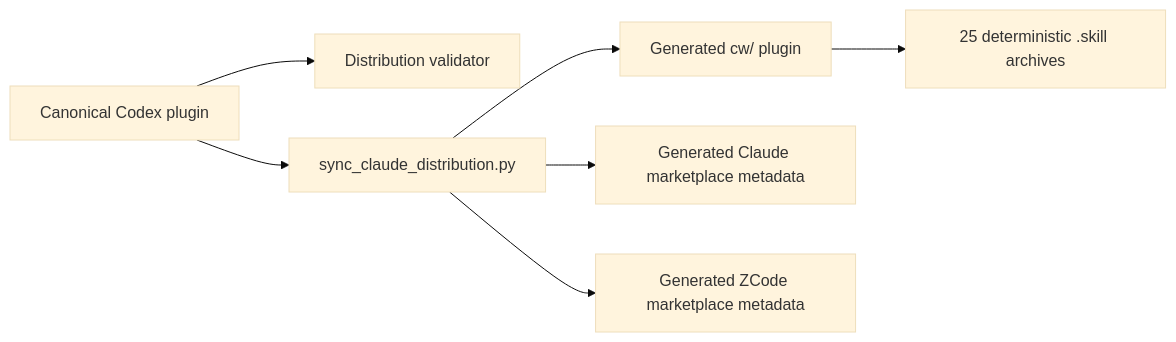
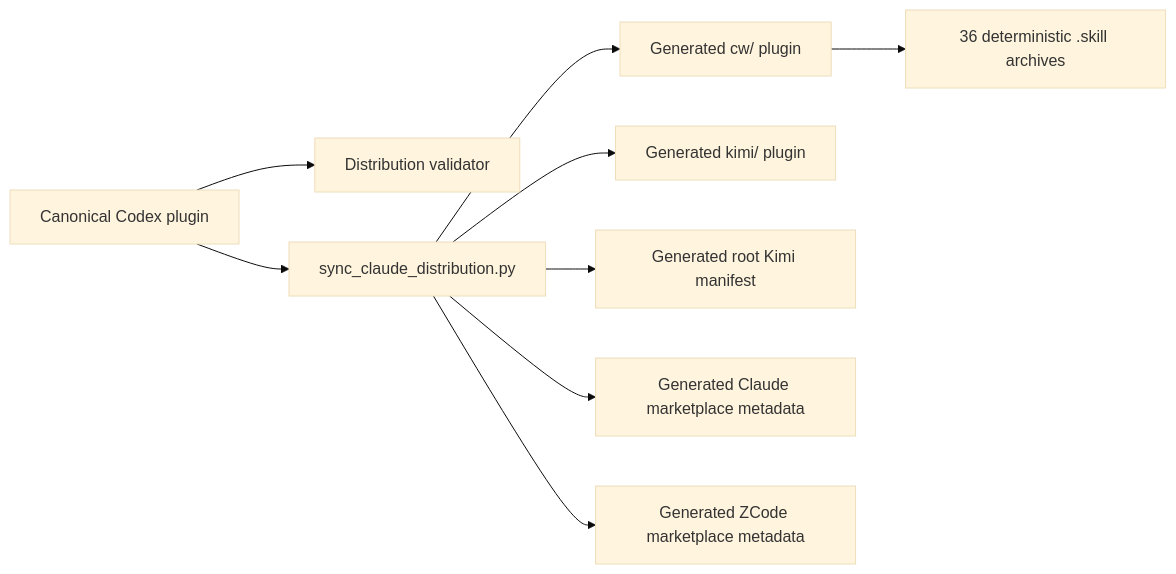
Before and after one commit to InkyQuill/creative-writing-skills: the third of 3 diagrams in docs/architecture.md, drawn with Mermaid (base theme). The commit also changed other lines of this file and 224 other files, not shown here.

Commit message:
feat: add Kimi Code plugin support

````diff
--- a/docs/architecture.md
+++ b/docs/architecture.md
@@ -95,9 +95,11 @@
 ```mermaid
 flowchart LR
     C[Canonical Codex plugin] --> V[Distribution validator]
     C --> G[sync_claude_distribution.py]
     G --> CW[Generated cw/ plugin]
+    G --> K[Generated kimi/ plugin]
+    G --> KM[Generated root Kimi manifest]
     G --> CM[Generated Claude marketplace metadata]
     G --> ZM[Generated ZCode marketplace metadata]
-    CW --> Z[25 deterministic .skill archives]
+    CW --> Z[36 deterministic .skill archives]
 ```
````
